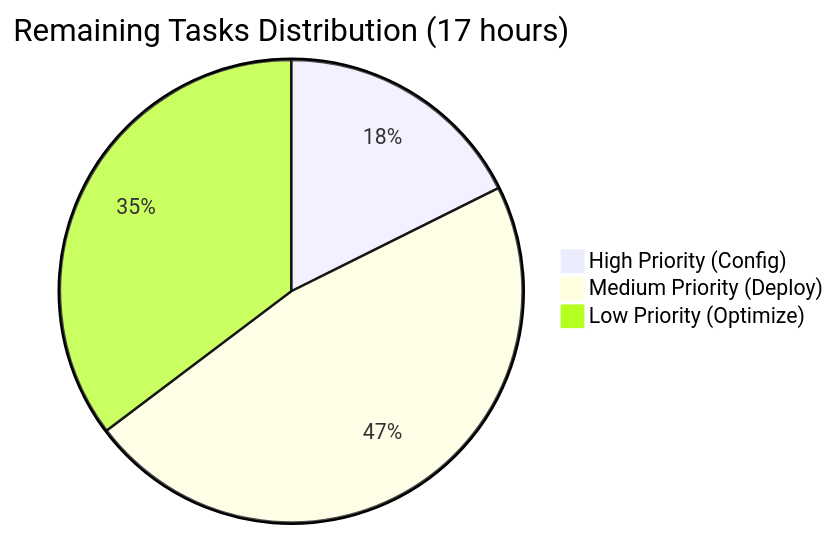
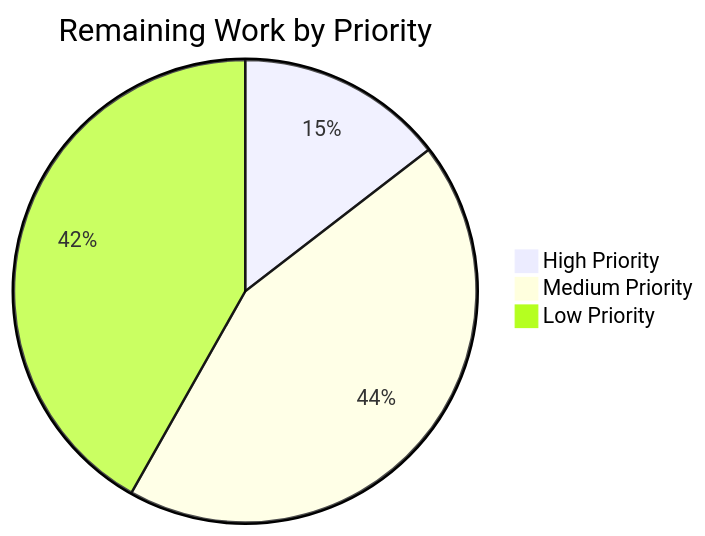
Before and after one commit to lakshya-blitzy/Dec_repo_with_valid_mul_files: the second of 2 diagrams in blitzy/documentation/Project Guide.md, drawn with Mermaid. The commit also changed other lines of this file, not shown here.

Commit message:
Adding Blitzy Project Guide: Project Status and Human Tasks Remaining

````diff
--- a/blitzy/documentation/Project Guide.md
+++ b/blitzy/documentation/Project Guide.md
@@ -88,6 +159,6 @@
 ```mermaid
-pie title Remaining Tasks Distribution (17 hours)
-    "High Priority (Config)" : 3
-    "Medium Priority (Deploy)" : 8
-    "Low Priority (Optimize)" : 6
+pie title Remaining Work by Priority
+    "High Priority" : 4
+    "Medium Priority" : 12
+    "Low Priority" : 11.5
 ```
````
